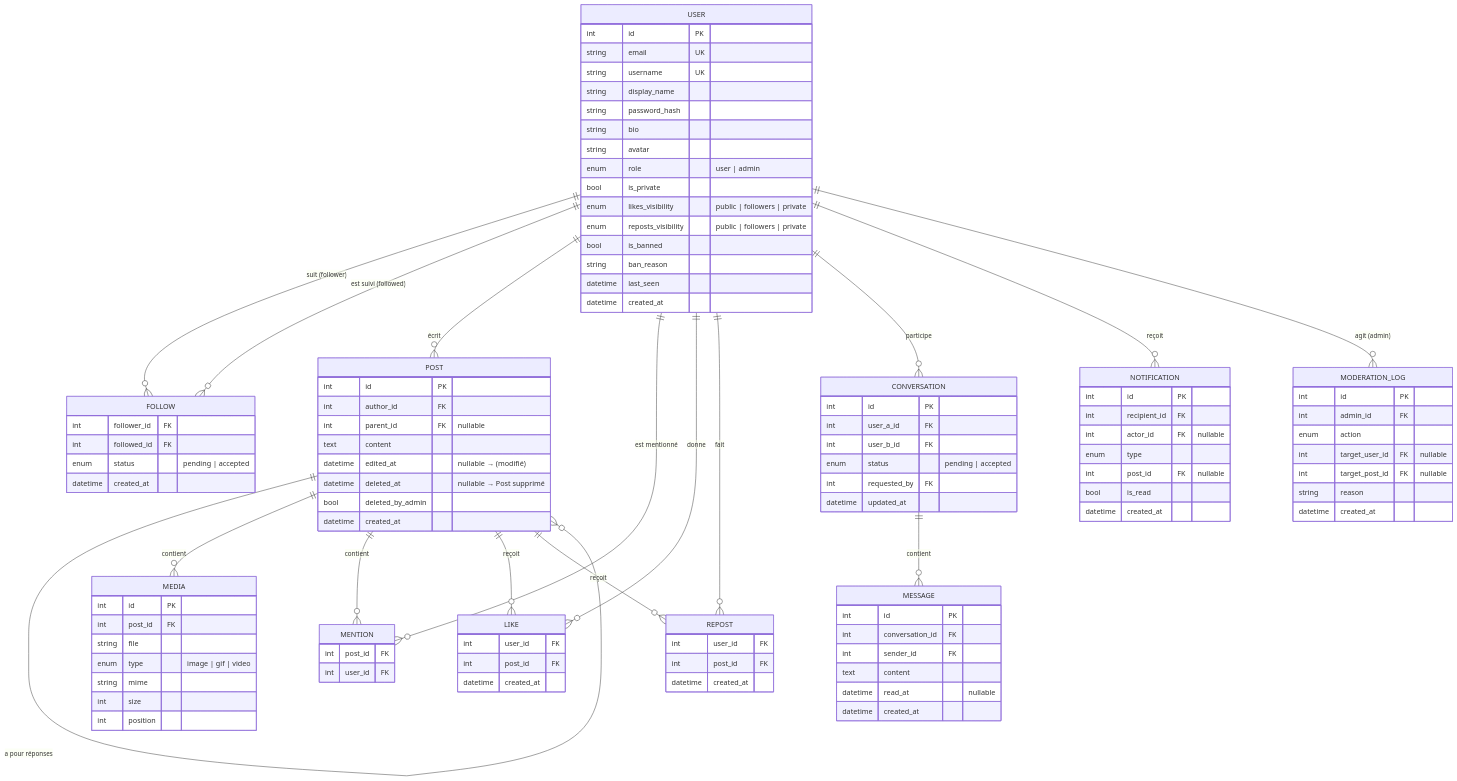
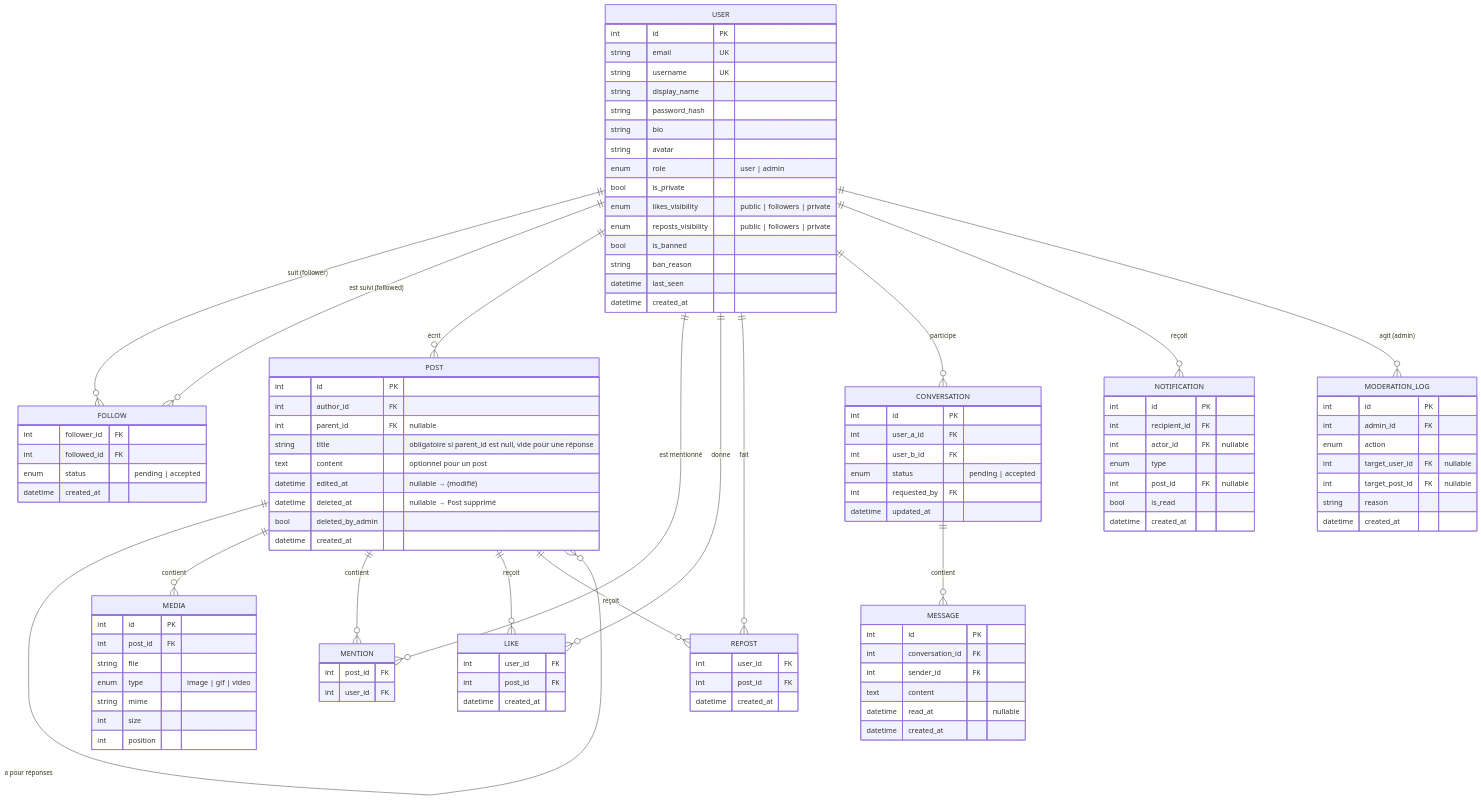
One commit to AquaKeynStud/Transcendance changed the first of 3 diagrams in docs/SPEC_FONC.md. Above: the diagram before and after it, drawn with Mermaid. The commit also changed other lines of this file, not shown here.

Commit message:
docs(spec): require a title on posts, optional content (v0.4)

```diff
--- a/docs/SPEC_FONC.md
+++ b/docs/SPEC_FONC.md
@@ -395,7 +396,8 @@
         int id PK
         int author_id FK
         int parent_id FK "nullable"
-        text content
+        string title "obligatoire si parent_id est null, vide pour une réponse"
+        text content "optionnel pour un post"
         datetime edited_at "nullable → (modifié)"
         datetime deleted_at "nullable → Post supprimé"
         bool deleted_by_admin
```
